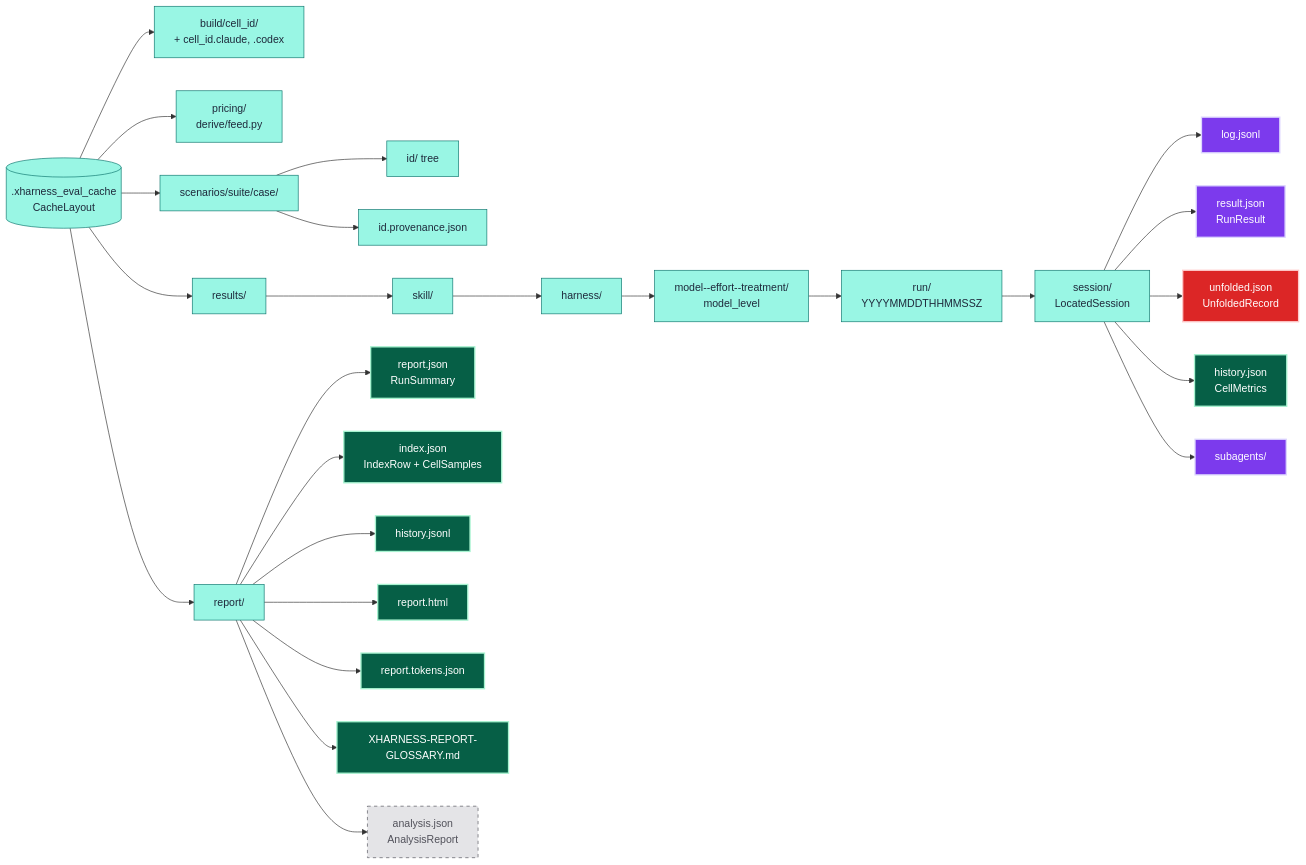
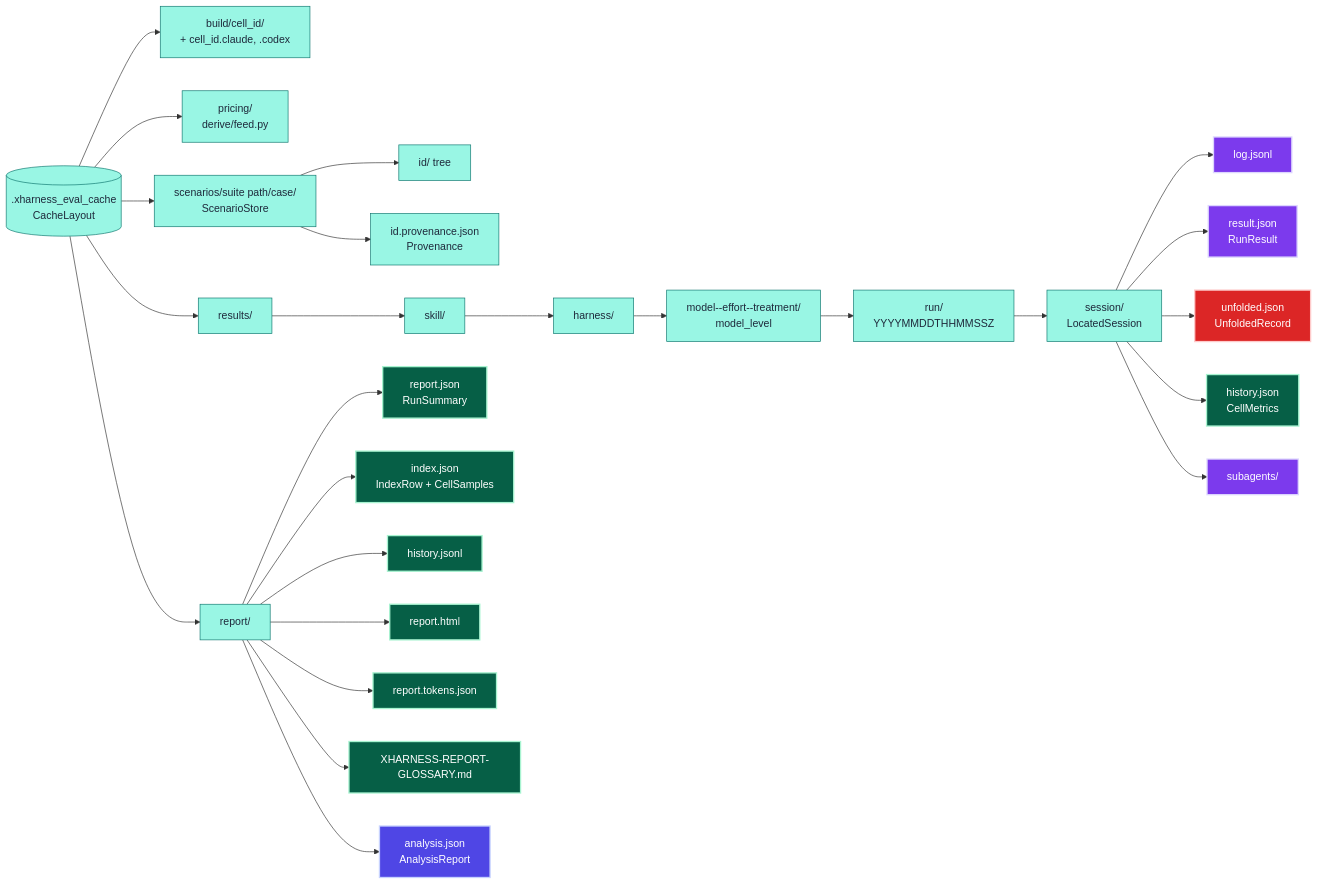
Before and after one commit to neozenith/pytest-xharness-eval: diagram 21 of 39 in ARCHITECTURE.md, drawn with Mermaid. The commit also changed other lines of this file and 1 other file, not shown here.

First line of the commit message:
docs: ARCHITECTURE.md refreshed for the wired Analyzer, CellPlan and ADR 0076 names

````diff
--- a/ARCHITECTURE.md
+++ b/ARCHITECTURE.md
@@ -1235,45 +1304,45 @@
 ```mermaid
 flowchart LR
     ROOT[(".xharness_eval_cache<br/>CacheLayout")]
     BUILD["build/cell_id/<br/>+ cell_id.claude, .codex"]
     PRICING["pricing/<br/>derive/feed.py"]
-    SCN["scenarios/suite/case/"]
+    SCN["scenarios/suite path/case/<br/>ScenarioStore"]
     SID["id/ tree"]
-    SPROV["id.provenance.json"]
+    SPROV["id.provenance.json<br/>Provenance"]
     RES["results/"]
     SK["skill/"]
     HA["harness/"]
     MO["model--effort--treatment/<br/>model_level"]
     RUN["run/<br/>YYYYMMDDTHHMMSSZ"]
     SES["session/<br/>LocatedSession"]
     LOG["log.jsonl"]
     RESULT["result.json<br/>RunResult"]
     UNF["unfolded.json<br/>UnfoldedRecord"]
     HIST["history.json<br/>CellMetrics"]
     SUBS["subagents/"]
     REP["report/"]
     SUMJ["report.json<br/>RunSummary"]
     IDX["index.json<br/>IndexRow + CellSamples"]
     HJL["history.jsonl"]
     PAGE["report.html"]
     TOK["report.tokens.json"]
     GLO["XHARNESS-REPORT-GLOSSARY.md"]
     ANJ["analysis.json<br/>AnalysisReport"]
 
     ROOT --> BUILD & PRICING & SCN & RES & REP
     SCN --> SID & SPROV
     RES --> SK --> HA --> MO --> RUN --> SES
     SES --> LOG & RESULT & UNF & HIST & SUBS
     REP --> SUMJ & IDX & HJL & PAGE & TOK & GLO & ANJ
 
     classDef store fill:#99f6e4,stroke:#0f766e,color:#1e293b,stroke-width:1px
     classDef adapter fill:#7c3aed,stroke:#ddd6fe,color:#fff,stroke-width:2px
     classDef emit fill:#065f46,stroke:#a7f3d0,color:#fff,stroke-width:2px
+    classDef analyze fill:#4f46e5,stroke:#c7d2fe,color:#fff,stroke-width:2px
     classDef danger fill:#dc2626,stroke:#fecaca,color:#fff,stroke-width:2px
-    classDef target fill:#e4e4e7,stroke:#52525b,color:#52525b,stroke-width:1px,stroke-dasharray:5 5
     class ROOT,BUILD,PRICING,SCN,SID,SPROV,RES,SK,HA,MO,RUN,SES,REP store
     class LOG,RESULT,SUBS adapter
     class HIST,SUMJ,IDX,HJL,PAGE,TOK,GLO emit
     class UNF danger
-    class ANJ target
+    class ANJ analyze
 ```
````
